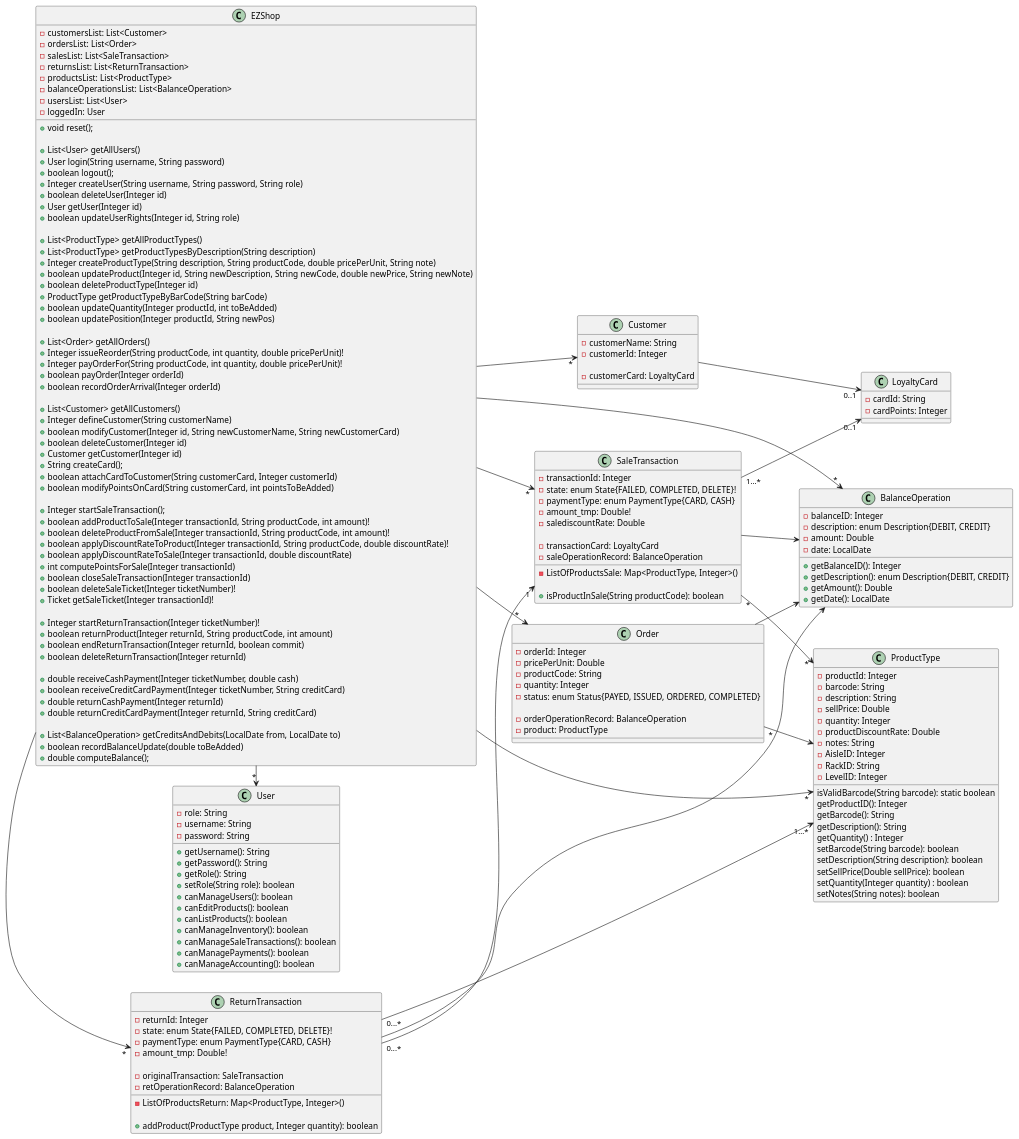
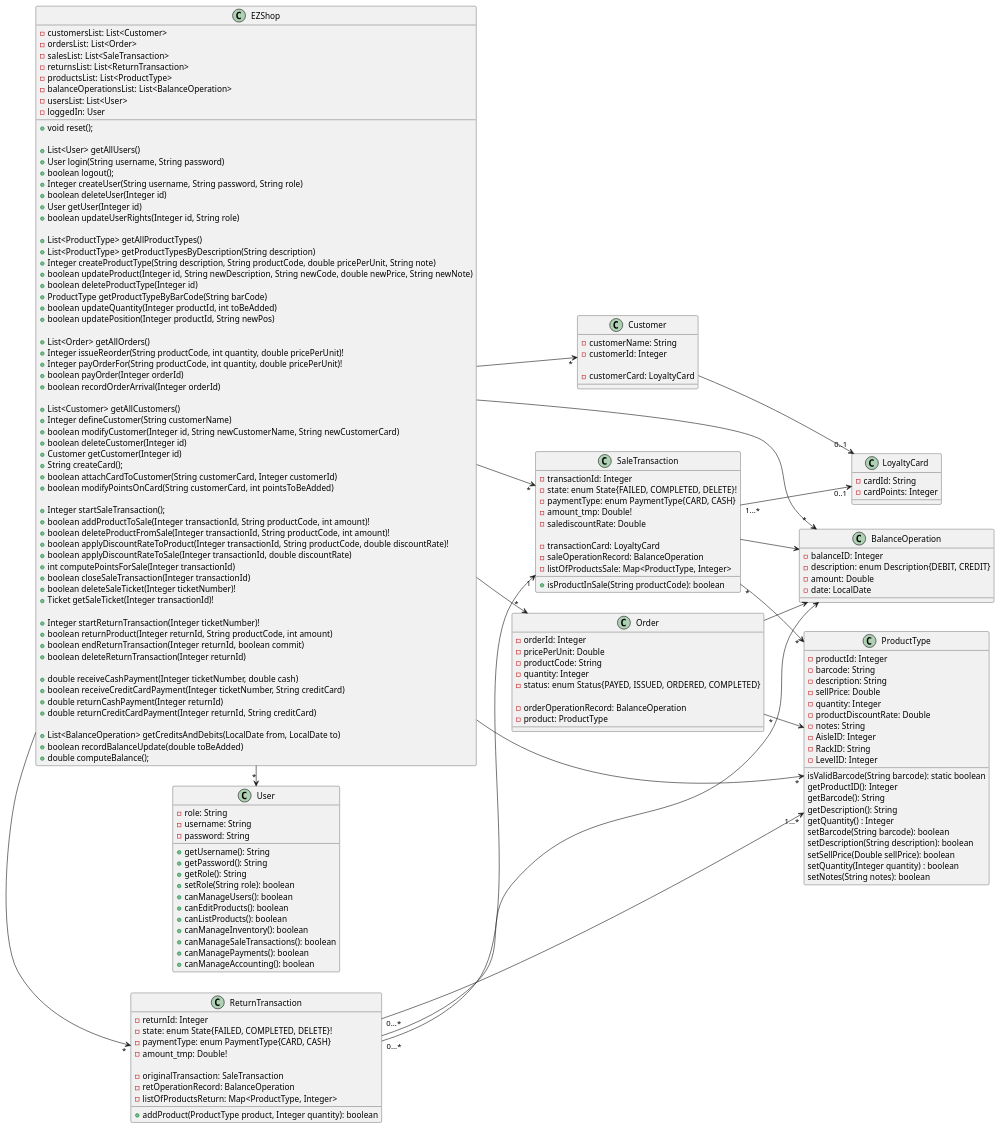
The first of 15 diagrams in Deliverables/DesignDocument.md (gioele-scaletta/EZShop-Software-Engineering-Project), drawn with PlantUML before and after one commit. The commit also changed other lines of this file, not shown here.

Commit message:
docs: updated class diagram

````diff
--- a/Deliverables/DesignDocument.md
+++ b/Deliverables/DesignDocument.md
@@ -186,7 +186,7 @@
 
     -transactionCard: LoyaltyCard
     -saleOperationRecord: BalanceOperation
-    -ListOfProductsSale: Map<ProductType, Integer>()
+    -listOfProductsSale: Map<ProductType, Integer>
 
     +isProductInSale(String productCode): boolean
 }
@@ -200,7 +200,7 @@
 
     -originalTransaction: SaleTransaction
     -retOperationRecord: BalanceOperation
-    -ListOfProductsReturn: Map<ProductType, Integer>()
+    -listOfProductsReturn: Map<ProductType, Integer>
 
     +addProduct(ProductType product, Integer quantity): boolean
 }
@@ -217,11 +217,6 @@
     -description: enum Description{DEBIT, CREDIT}
     -amount: Double
     -date: LocalDate
-
-    +getBalanceID(): Integer
-    +getDescription(): enum Description{DEBIT, CREDIT}
-    +getAmount(): Double
-    +getDate(): LocalDate
 }
 
 
@@ -247,6 +242,4 @@
 SaleTransaction --> BalanceOperation
 ReturnTransaction --> BalanceOperation
 Order --> BalanceOperation
-
-
 ```
````
